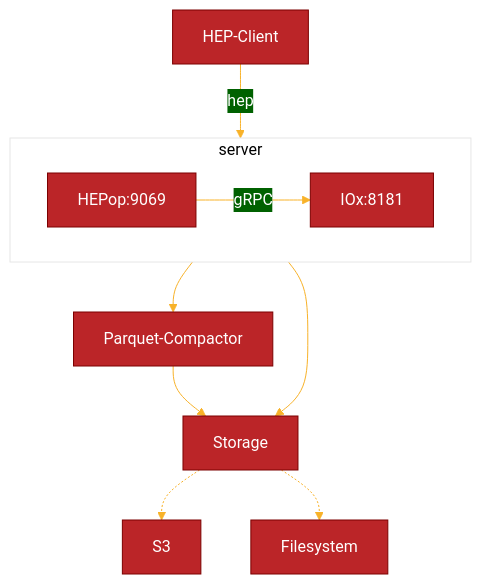
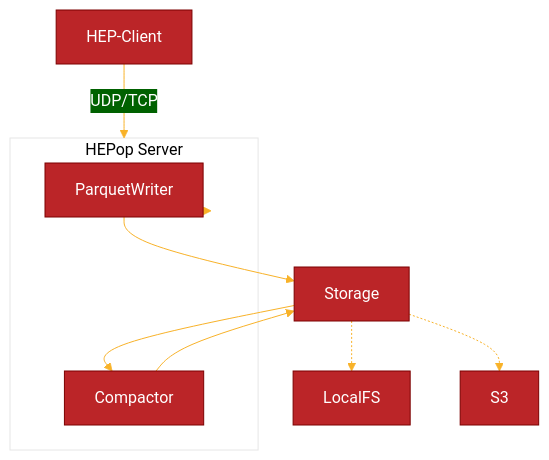
Before and after one commit to sipcapture/HEPop: the diagram in README.md, drawn with Mermaid. The commit also changed other lines of this file, not shown here.

````diff
--- a/README.md
+++ b/README.md
@@ -16,30 +22,30 @@
 ```mermaid
 %%{
   init: {
     'theme': 'base',
     'themeVariables': {
       'primaryColor': '#BB2528',
       'primaryTextColor': '#fff',
       'primaryBorderColor': '#7C0000',
       'lineColor': '#F8B229',
       'secondaryColor': '#006100',
       'tertiaryColor': '#fff'
     }
   }
 }%%
 
   graph TD;
-      HEP-Client-- hep -->server;
-      HEPop:9069-- gRPC -->IOx:8181;
-      server-->Storage;
-      server-->Parquet-Compactor;
-      Parquet-Compactor-->Storage;
+      HEP-Client-- UDP/TCP -->HEPop;
+      HEPop-->ParquetWriter;
+      ParquetWriter-->Storage;
+      Storage-->Compactor;
+      Compactor-->Storage;
+      Storage-.->LocalFS;
       Storage-.->S3;
-      Storage-.->Filesystem;
 
-      subgraph server
-        HEPop:9069
-        IOx:8181
+      subgraph HEPop[HEPop Server]
+        ParquetWriter
+        Compactor
       end
 
 ```
````
